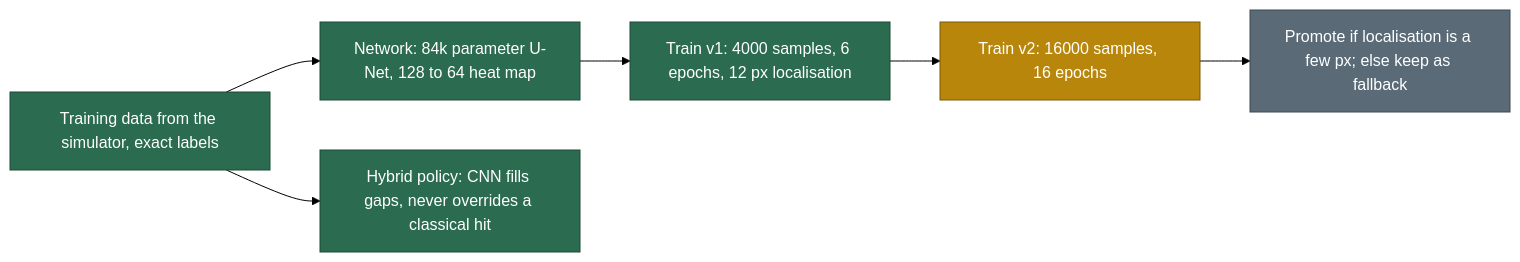
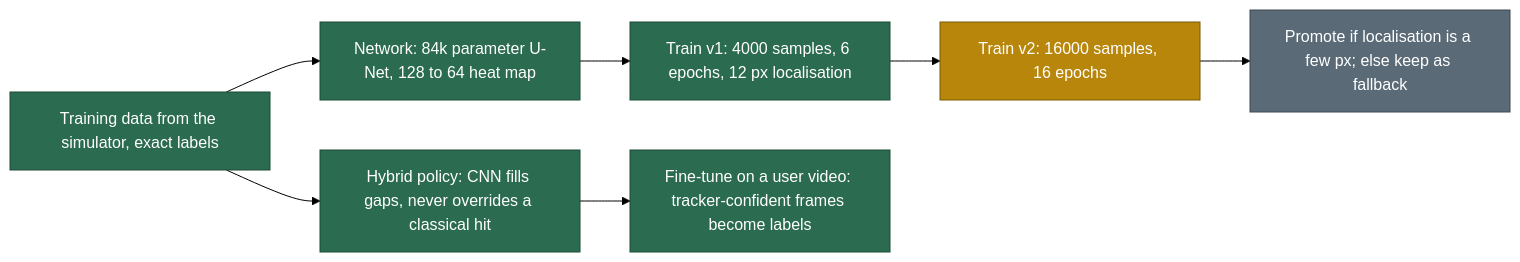
The fourth of 5 diagrams in PROGRESS.md (tanmayhutt/SIH26169), drawn with Mermaid (forest theme) before and after one commit. The commit also changed other lines of this file and 4 other files, not shown here.

````diff
--- a/PROGRESS.md
+++ b/PROGRESS.md
@@ -170,11 +170,12 @@
 ```mermaid
 flowchart LR
     classDef done fill:#2B6B50,stroke:#1d4a37,color:#fff
     classDef wip  fill:#B8860B,stroke:#7a5a07,color:#fff
     classDef todo fill:#5a6b77,stroke:#3c4850,color:#fff
     a[Training data from the simulator, exact labels]:::done --> b[Network: 84k parameter U-Net, 128 to 64 heat map]:::done
     b --> c[Train v1: 4000 samples, 6 epochs, 12 px localisation]:::done
     c --> d[Train v2: 16000 samples, 16 epochs]:::wip
     d --> e[Promote if localisation is a few px; else keep as fallback]:::todo
     a --> f[Hybrid policy: CNN fills gaps, never overrides a classical hit]:::done
+    f --> g[Fine-tune on a user video: tracker-confident frames become labels]:::done
 ```
````
